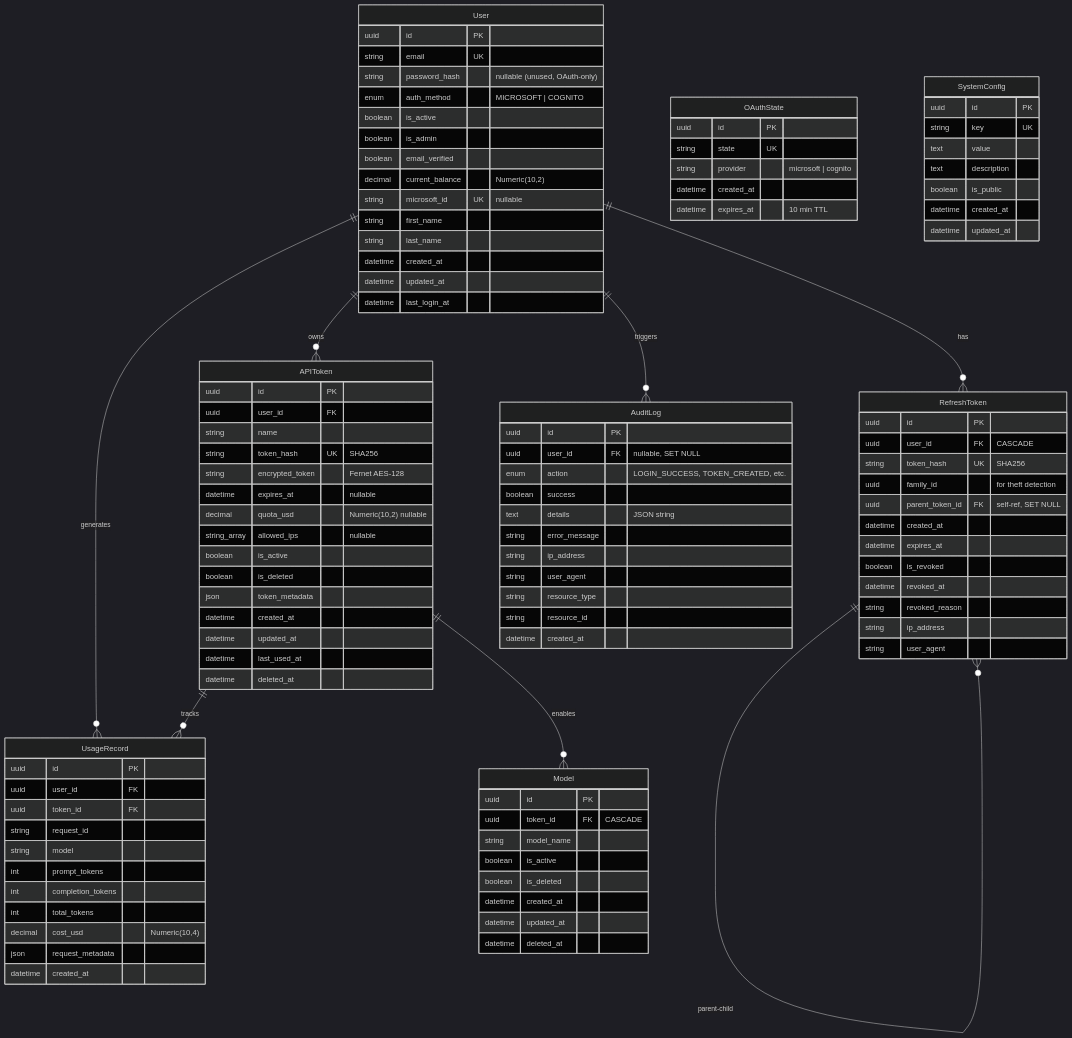
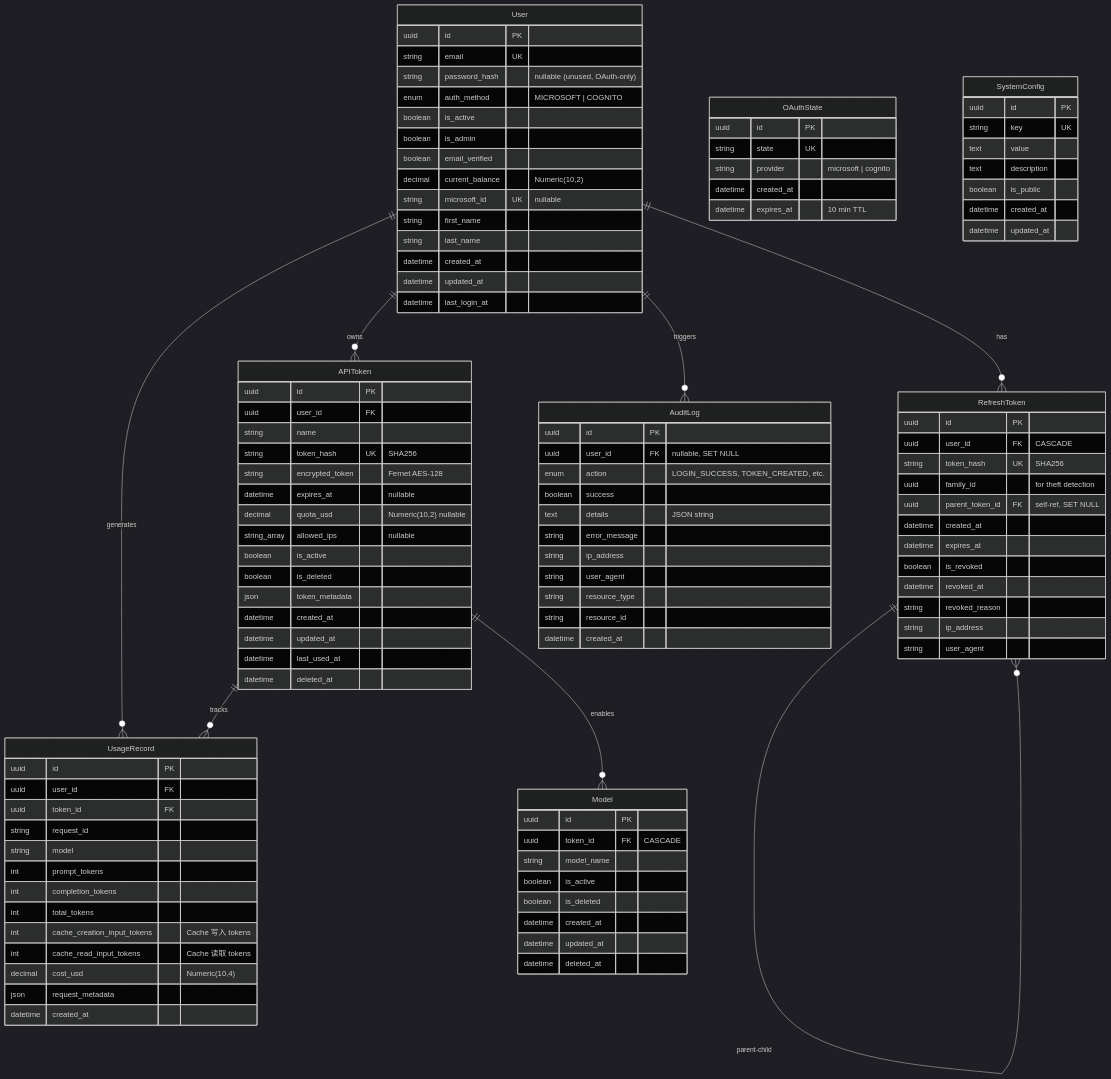
Before and after one commit to aws-samples/sample-kolya-br-proxy: the third of 9 diagrams in docs/architecture.zh.md, drawn with Mermaid (dark theme). The commit also changed other lines of this file and 45 other files, not shown here.

```diff
--- a/docs/architecture.zh.md
+++ b/docs/architecture.zh.md
@@ -231,6 +231,8 @@
         int prompt_tokens
         int completion_tokens
         int total_tokens
+        int cache_creation_input_tokens "Cache 写入 tokens"
+        int cache_read_input_tokens "Cache 读取 tokens"
         decimal cost_usd "Numeric(10,4)"
         json request_metadata
         datetime created_at
```
